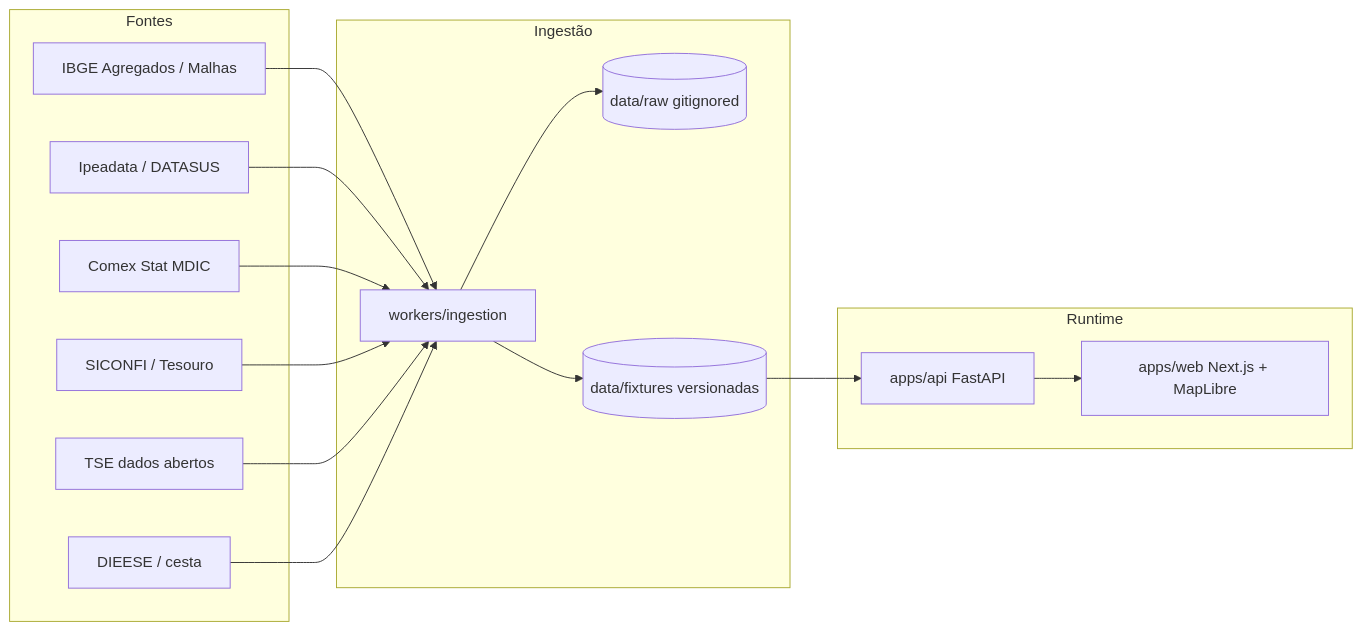
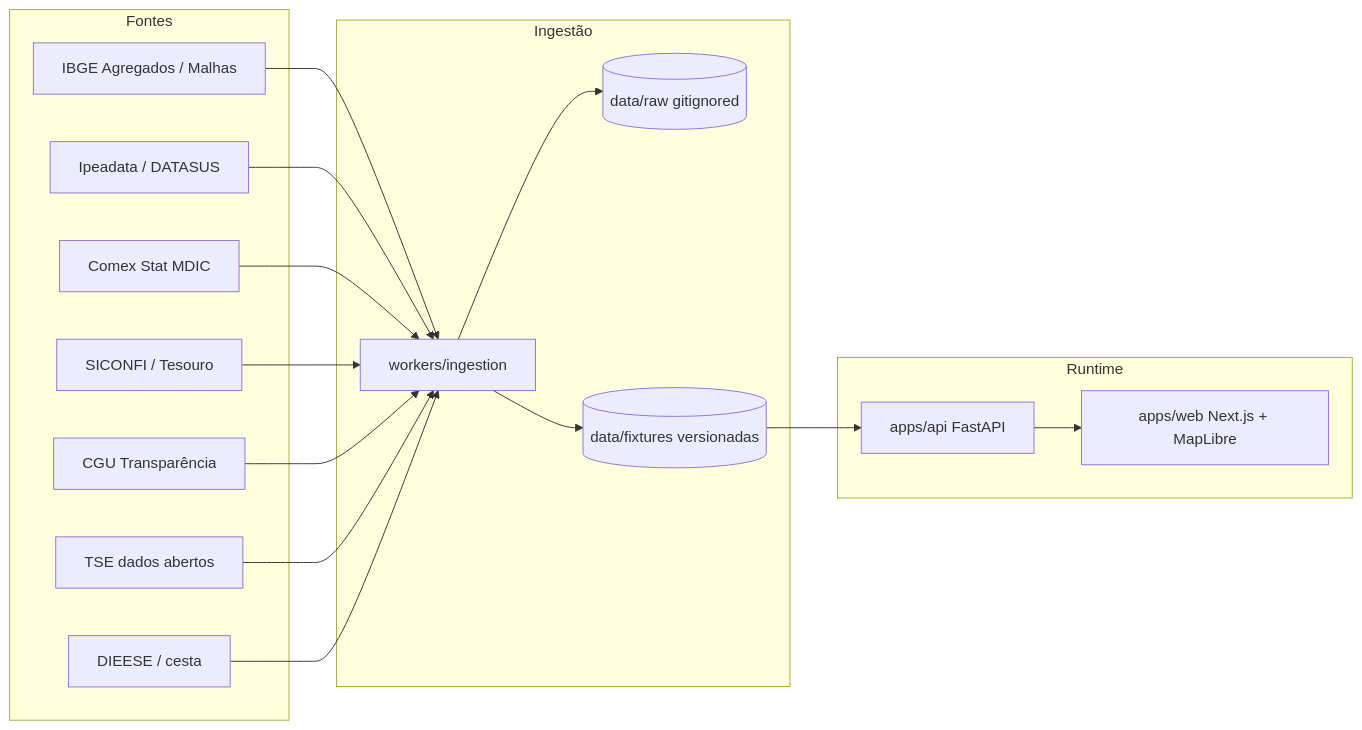
The diagram in README.md (leonardolauriquer/BrasilReal), drawn with Mermaid before and after one commit. The commit also changed other lines of this file and 18 other files, not shown here.

````diff
--- a/README.md
+++ b/README.md
@@ -178,33 +179,35 @@
 ```mermaid
 flowchart LR
   subgraph Fontes
     IBGE[IBGE Agregados / Malhas]
     IPEA[Ipeadata / DATASUS]
     MDIC[Comex Stat MDIC]
     STN[SICONFI / Tesouro]
+    CGU[CGU Transparência]
     TSE[TSE dados abertos]
     DIEESE[DIEESE / cesta]
   end
 
   subgraph Ingestão
     W[workers/ingestion]
     RAW[(data/raw gitignored)]
     FIX[(data/fixtures versionadas)]
   end
 
   subgraph Runtime
     API[apps/api FastAPI]
     WEB[apps/web Next.js + MapLibre]
   end
 
   IBGE --> W
   IPEA --> W
   MDIC --> W
   STN --> W
+  CGU --> W
   TSE --> W
   DIEESE --> W
   W --> RAW
   W --> FIX
   FIX --> API
   API --> WEB
 ```
````
